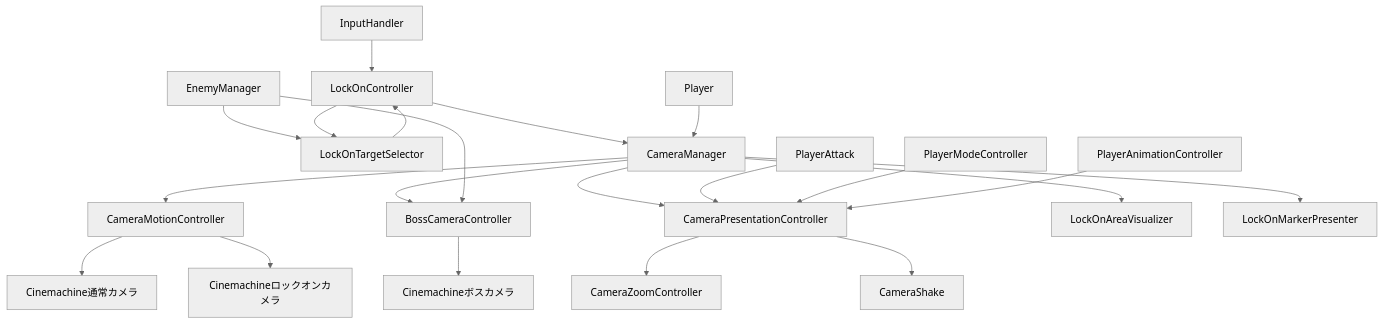
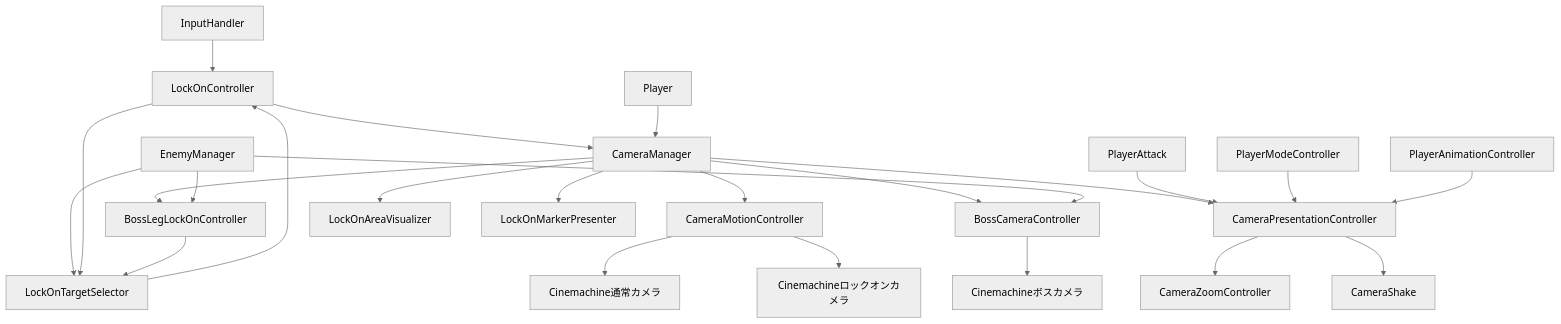
One commit to NaritaShosei/ProjectGO changed the diagram in Assets/Scripts/Camera/CameraSystemDoc.md. Above: the diagram before and after it, drawn with Mermaid (neutral theme). The commit also changed other lines of this file and 8 other files, not shown here.

````diff
--- a/Assets/Scripts/Camera/CameraSystemDoc.md
+++ b/Assets/Scripts/Camera/CameraSystemDoc.md
@@ -163,23 +178,26 @@
 ```mermaid
 flowchart TD
     Input[InputHandler] --> Controller[LockOnController]
     Enemy[EnemyManager] --> Selector[LockOnTargetSelector]
     Controller --> Selector
     Selector --> Controller
     Controller --> Manager[CameraManager]
     Player[Player] --> Manager
     Manager --> Motion[CameraMotionController]
     Motion --> Normal[Cinemachine通常カメラ]
     Motion --> Lock[Cinemachineロックオンカメラ]
     Manager --> Boss[BossCameraController]
     Enemy --> Boss
     Boss --> BossCam[Cinemachineボスカメラ]
+    Manager --> BossLeg[BossLegLockOnController]
+    Enemy --> BossLeg
+    BossLeg --> Selector
     Manager --> Presentation[CameraPresentationController]
     PlayerAttack[PlayerAttack] --> Presentation
     ModeController[PlayerModeController] --> Presentation
     AnimController[PlayerAnimationController] --> Presentation
     Presentation --> Zoom[CameraZoomController]
     Presentation --> Shake[CameraShake]
     Manager --> Area[LockOnAreaVisualizer]
     Manager --> Marker[LockOnMarkerPresenter]
 ```
````
